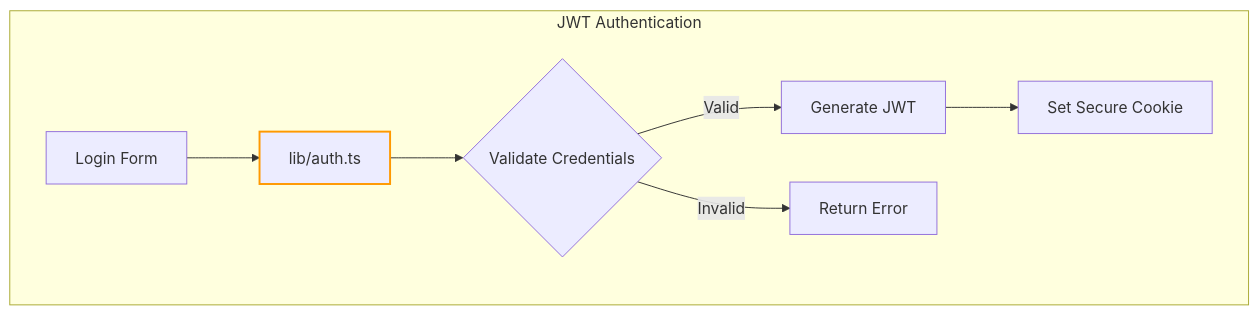
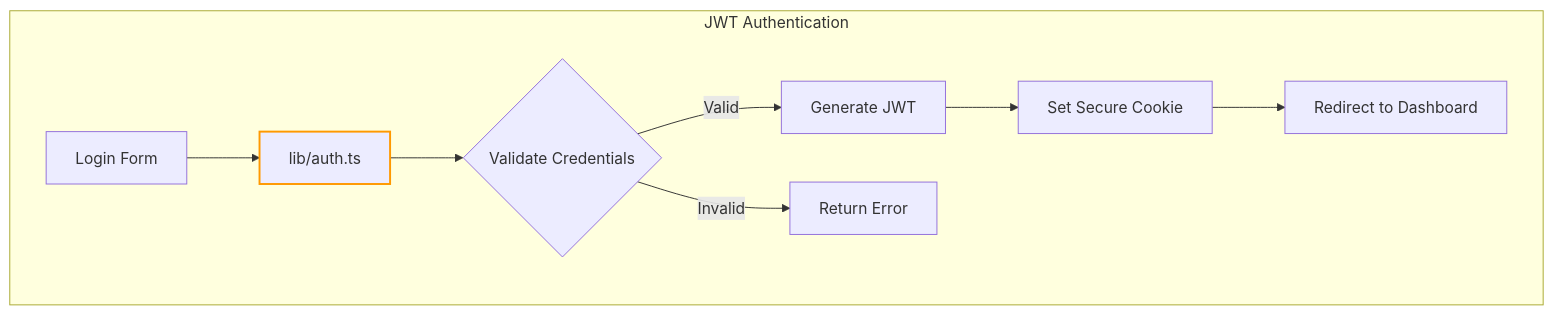
Before and after one commit to namle-teq/pam_sample_generated_ai: the second of 2 diagrams in memory_bank/systemPatterns.md, drawn with Mermaid. The commit also changed other lines of this file and 3 other files, not shown here.

Commit message:
finish login flow

````diff
--- a/memory_bank/systemPatterns.md
+++ b/memory_bank/systemPatterns.md
@@ -21,11 +21,12 @@
 ```mermaid
 flowchart TD
     subgraph AuthFlow[JWT Authentication]
         A[Login Form] --> B[lib/auth.ts]
         B --> C{Validate Credentials}
         C -->|Valid| D[Generate JWT]
         C -->|Invalid| E[Return Error]
         D --> F[Set Secure Cookie]
+        F --> G[Redirect to Dashboard]
     end
     style B stroke:#ff9900,stroke-width:2px
 ```
````
